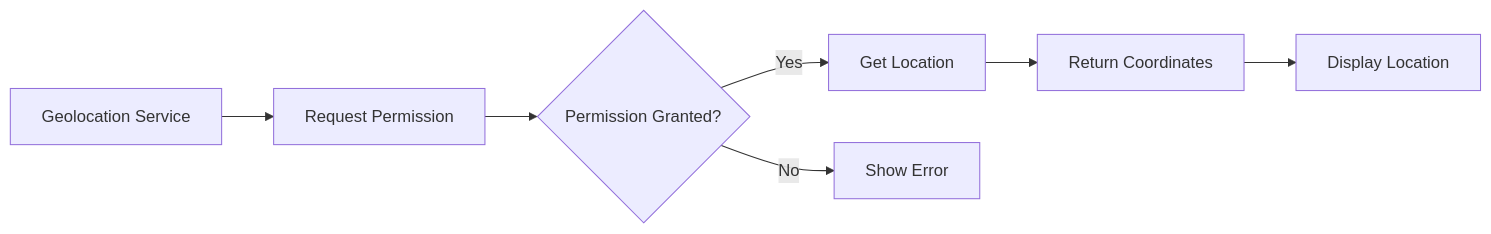
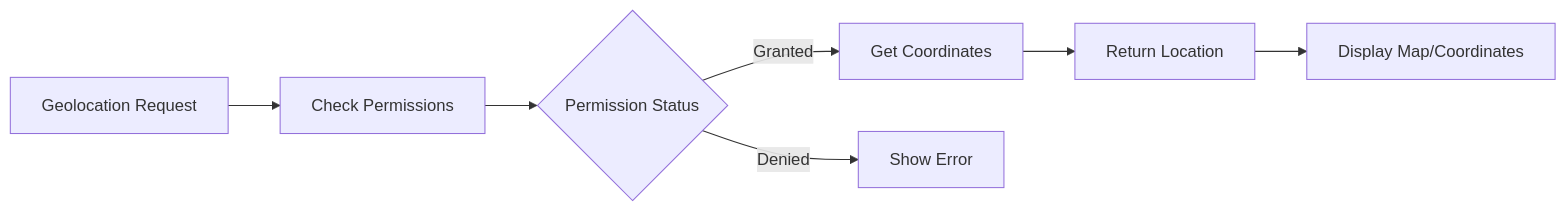
One commit to DanielCreggOrganization/w9-lab-capacitor-sophieboyle1 changed the third of 4 diagrams in README.md. Above: the diagram before and after it, drawn with Mermaid. The commit also changed other lines of this file, not shown here.

````diff
--- a/README.md
+++ b/README.md
@@ -175,9 +183,9 @@
 ```mermaid
 graph LR
-    A[Geolocation Service] --> B[Request Permission]
-    B --> C{Permission Granted?}
-    C -->|Yes| D[Get Location]
-    C -->|No| E[Show Error]
-    D --> F[Return Coordinates]
-    F --> G[Display Location]
+    A[Geolocation Request] --> B[Check Permissions]
+    B --> C{Permission Status}
+    C -->|Granted| D[Get Coordinates]
+    C -->|Denied| E[Show Error]
+    D --> F[Return Location]
+    F --> G[Display Map/Coordinates]
 ```
````
